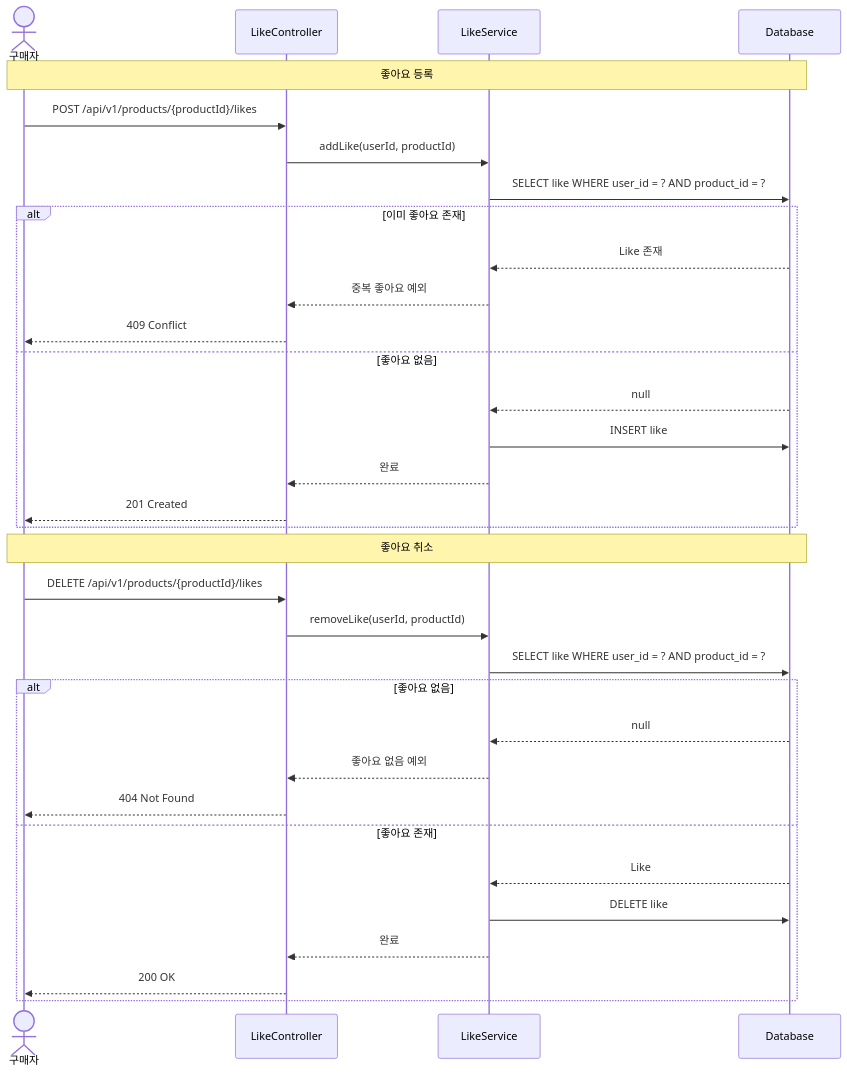
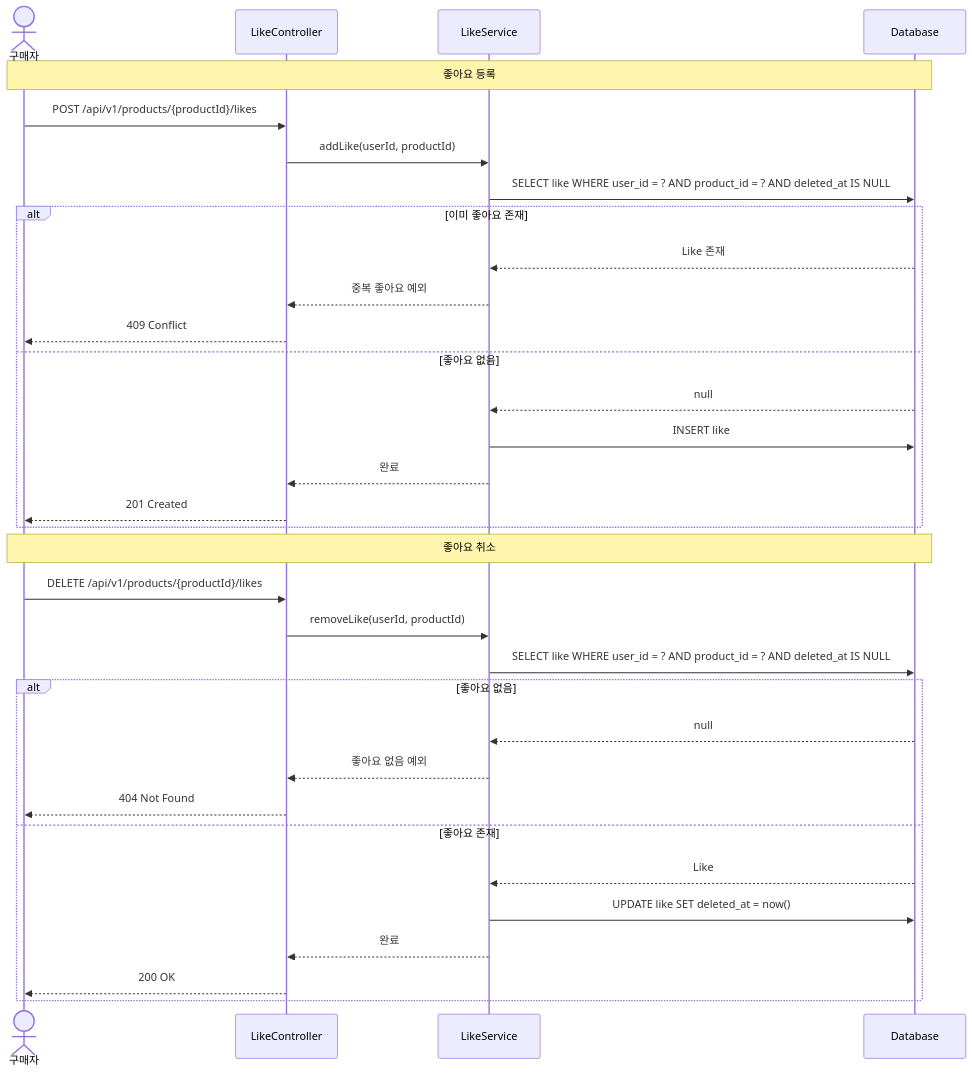
Before and after one commit to incheol789/loop-pack-be-l2-vol3-java: the third of 3 diagrams in docs/design/02-sequence-diagrams.md, drawn with Mermaid. The commit also changed other lines of this file and 1 other file, not shown here.

Commit message:
docs: 좋아요 삭제 전략을 물리 삭제에서 소프트 삭제로 변경
시퀀스 다이어그램과 ERD에서 좋아요 취소 방식을 소프트 삭제로 통일

````diff
--- a/docs/design/02-sequence-diagrams.md
+++ b/docs/design/02-sequence-diagrams.md
@@ -110,39 +110,39 @@
 ```mermaid
 sequenceDiagram
     actor User as 구매자
     participant API as LikeController
     participant LS as LikeService
     participant DB as Database
 
     Note over User,DB: 좋아요 등록
     User->>API: POST /api/v1/products/{productId}/likes
     API->>LS: addLike(userId, productId)
-    LS->>DB: SELECT like WHERE user_id = ? AND product_id = ?
+    LS->>DB: SELECT like WHERE user_id = ? AND product_id = ? AND deleted_at IS NULL
 
     alt 이미 좋아요 존재
         DB-->>LS: Like 존재
         LS-->>API: 중복 좋아요 예외
         API-->>User: 409 Conflict
     else 좋아요 없음
         DB-->>LS: null
         LS->>DB: INSERT like
         LS-->>API: 완료
         API-->>User: 201 Created
     end
 
     Note over User,DB: 좋아요 취소
     User->>API: DELETE /api/v1/products/{productId}/likes
     API->>LS: removeLike(userId, productId)
-    LS->>DB: SELECT like WHERE user_id = ? AND product_id = ?
+    LS->>DB: SELECT like WHERE user_id = ? AND product_id = ? AND deleted_at IS NULL
 
     alt 좋아요 없음
         DB-->>LS: null
         LS-->>API: 좋아요 없음 예외
         API-->>User: 404 Not Found
     else 좋아요 존재
         DB-->>LS: Like
-        LS->>DB: DELETE like
+        LS->>DB: UPDATE like SET deleted_at = now()
         LS-->>API: 완료
         API-->>User: 200 OK
     end
 ```
````
